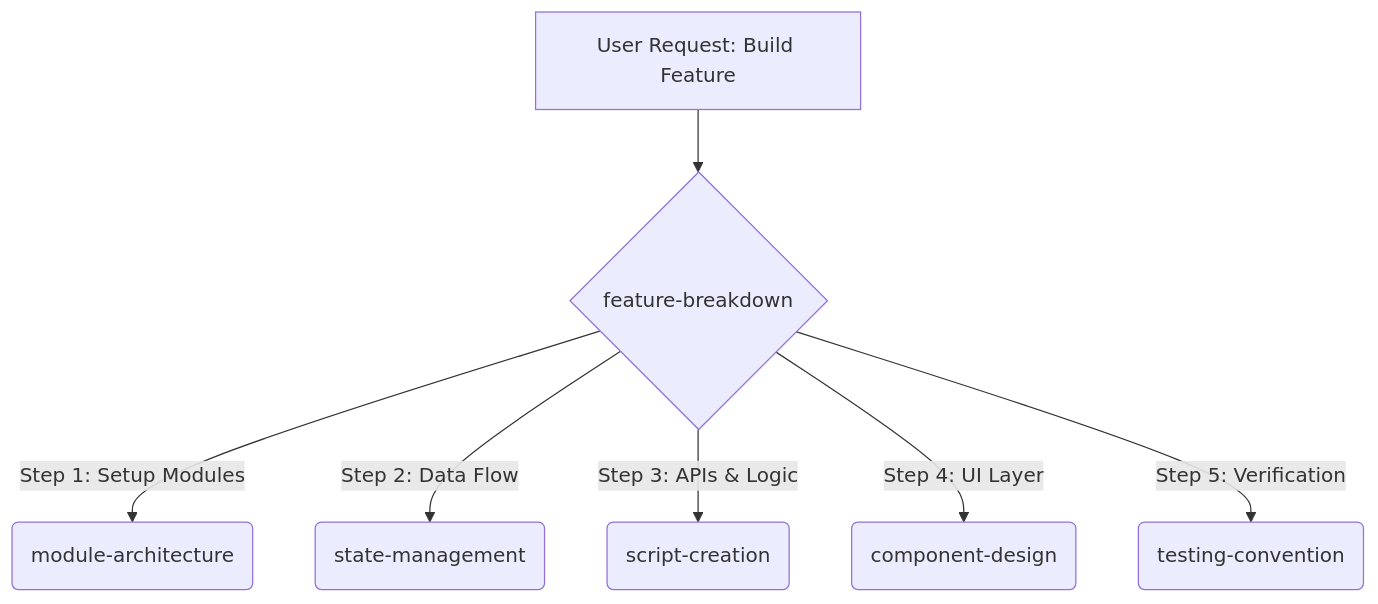
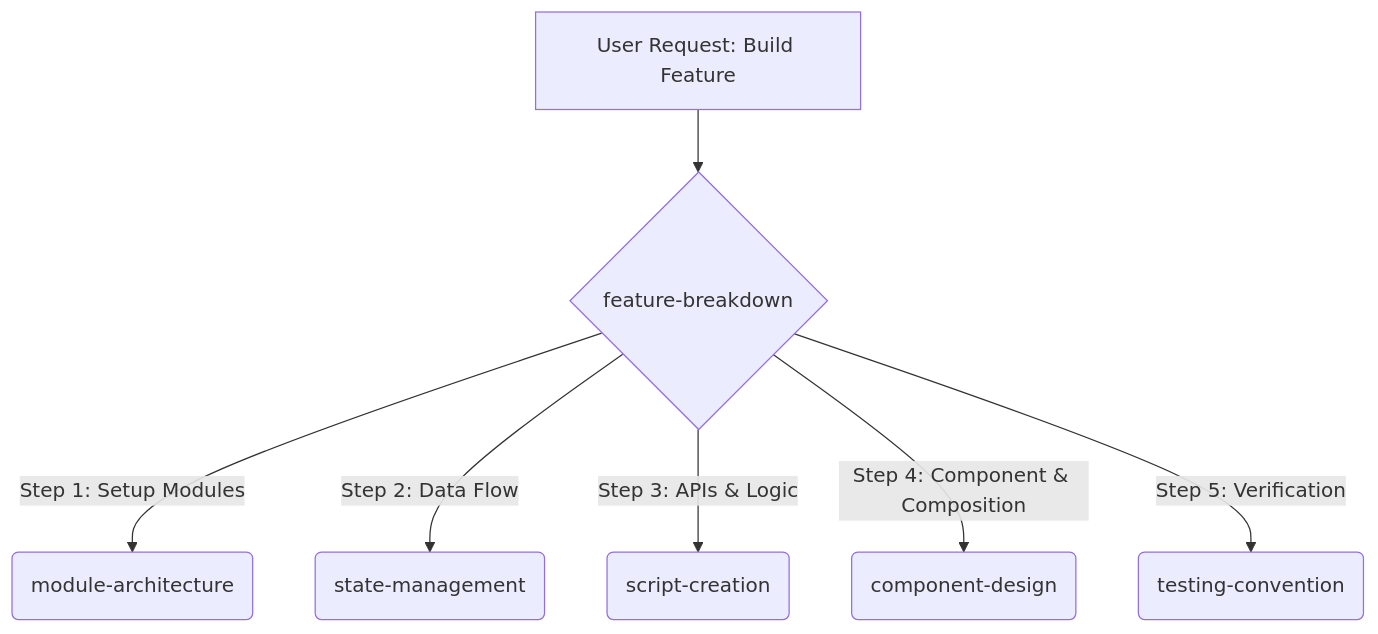
One commit to ReiiYuki/f-skill changed the diagram in README.md. Above: the diagram before and after it, drawn with Mermaid. The commit also changed 1 other file, not shown here.

Commit message:
docs: rename UI Layer to Component & Composition to reflect structural wrappers

````diff
--- a/README.md
+++ b/README.md
@@ -38,9 +38,9 @@
 ```mermaid
 graph TD
     A[User Request: Build Feature] --> B{feature-breakdown}
     B -->|Step 1: Setup Modules| C(module-architecture)
     B -->|Step 2: Data Flow| D(state-management)
     B -->|Step 3: APIs & Logic| E(script-creation)
-    B -->|Step 4: UI Layer| F(component-design)
+    B -->|Step 4: Component & Composition| F(component-design)
     B -->|Step 5: Verification| G(testing-convention)
 ```
````
